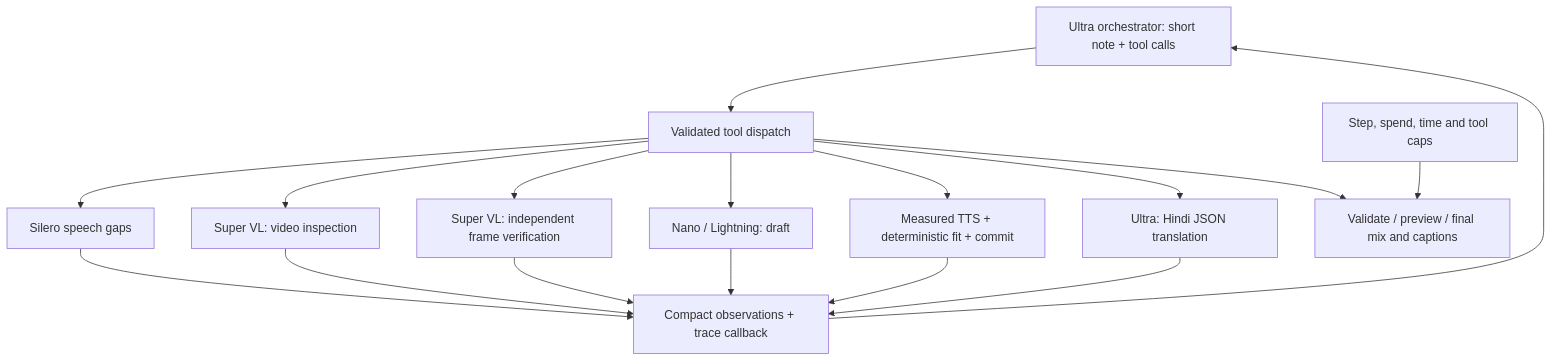
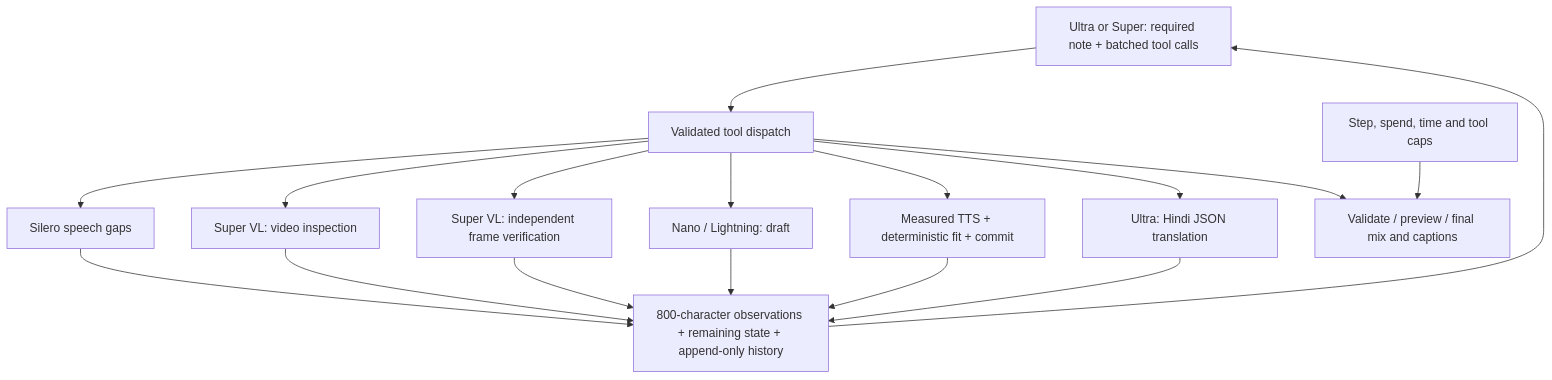
Before and after one commit to nankris/narrate: the diagram in README.md, drawn with Mermaid. The commit also changed other lines of this file and 29 other files, not shown here.

````diff
--- a/README.md
+++ b/README.md
@@ -140,19 +152,19 @@
 ```mermaid
 flowchart TD
-    U[Ultra orchestrator: short note + tool calls] --> T[Validated tool dispatch]
+    U[Ultra or Super: required note + batched tool calls] --> T[Validated tool dispatch]
     T --> V[Silero speech gaps]
     T --> P[Super VL: video inspection]
     T --> F[Super VL: independent frame verification]
     T --> N[Nano / Lightning: draft]
     T --> C[Measured TTS + deterministic fit + commit]
     T --> H[Ultra: Hindi JSON translation]
-    V --> O[Compact observations + trace callback]
+    V --> O[800-character observations + remaining state + append-only history]
     P --> O
     F --> O
     N --> O
     C --> O
     H --> O
     O --> U
     T --> R[Validate / preview / final mix and captions]
     B[Step, spend, time and tool caps] --> R
 ```
````
